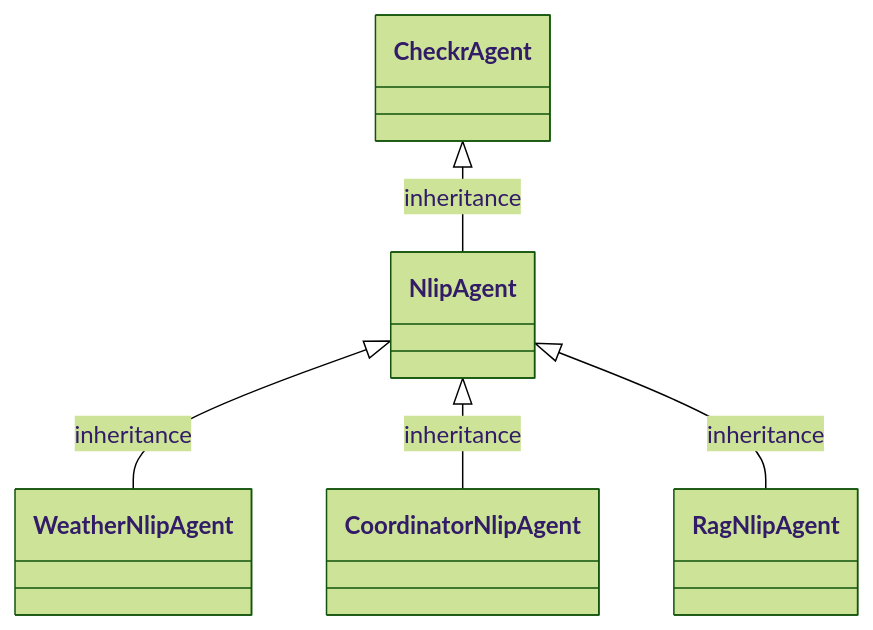
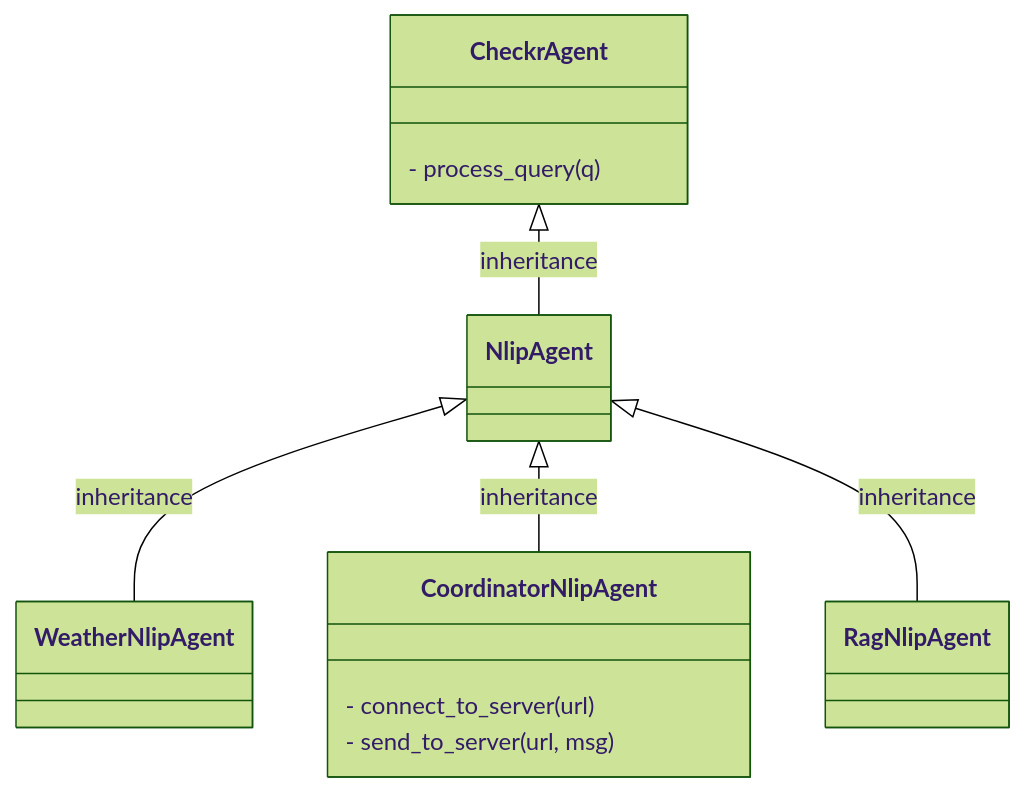
One commit to sheffler/checkr-agents changed the diagram in checkr_agents/agents/README.md. Above: the diagram before and after it, drawn with Mermaid (forest theme).

````diff
--- a/checkr_agents/agents/README.md
+++ b/checkr_agents/agents/README.md
@@ -3,23 +3,26 @@
 ``` mermaid
 
 classDiagram
     class CheckrAgent {
+	  - process_query(q)
 	}
 	
 	class NlipAgent {
 	}
 
 	class WeatherNlipAgent {
 	}
 
 	class CoordinatorNlipAgent {
+	  - connect_to_server(url)
+	  - send_to_server(url, msg)
 	}
 
 	class RagNlipAgent {
 	}
 	
 	CheckrAgent <|-- NlipAgent : inheritance
 	NlipAgent <|-- WeatherNlipAgent : inheritance
 	NlipAgent <|-- CoordinatorNlipAgent : inheritance
 	NlipAgent <|-- RagNlipAgent : inheritance
 ```
````
